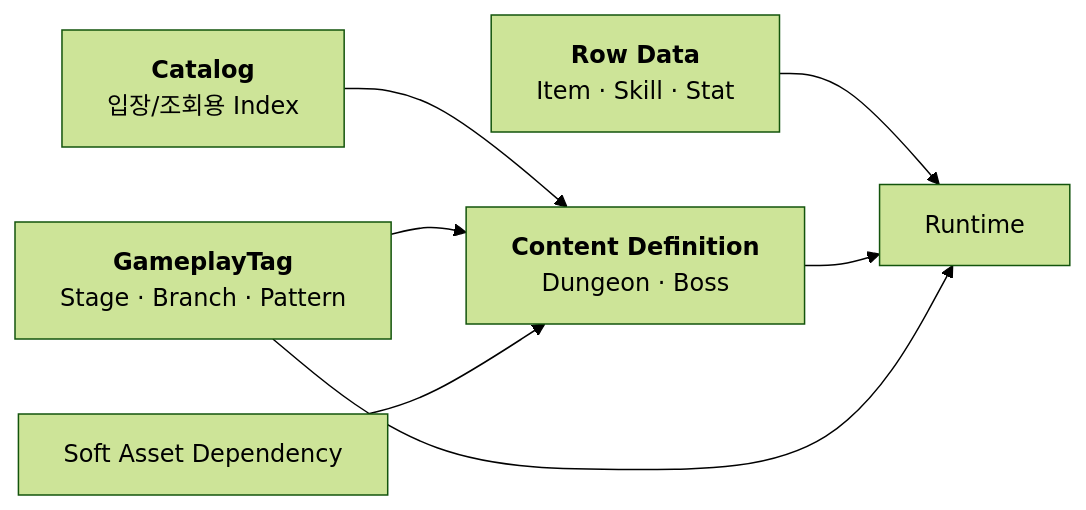
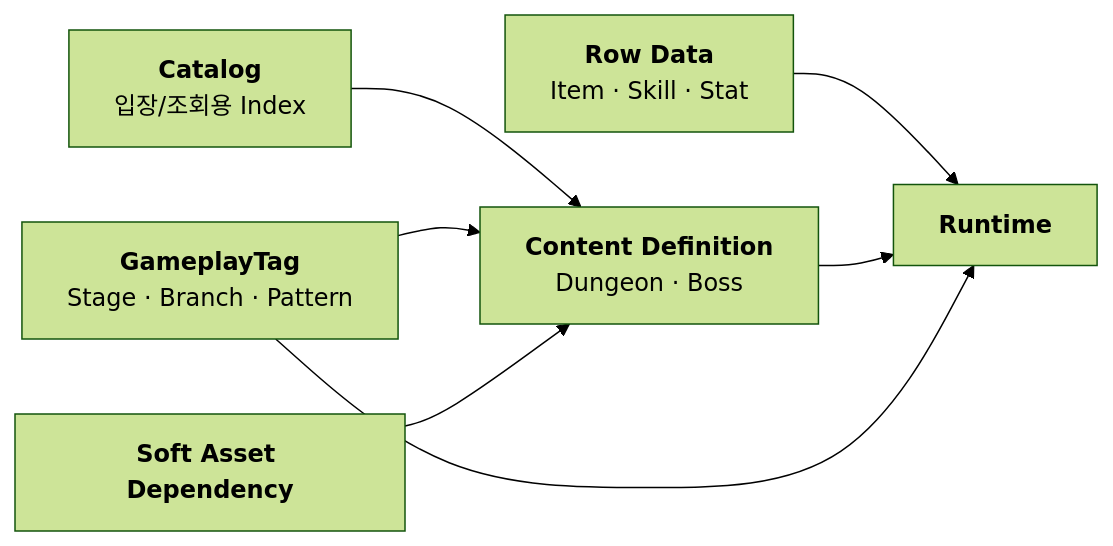
One commit to chungheonLee0325/Sonheim changed the diagram in Doc/Wiki/03_Data_Content_Architecture.md. Above: the diagram before and after it, drawn with Mermaid (forest theme).

Commit message:
docs: standardize mermaid node hierarchy

```diff
--- a/Doc/Wiki/03_Data_Content_Architecture.md
+++ b/Doc/Wiki/03_Data_Content_Architecture.md
@@ -20,16 +20,16 @@
 ~~~mermaid
 flowchart LR
     ROW["<b>Row Data</b><br/>Item · Skill · Stat"]
     CATALOG["<b>Catalog</b><br/>입장/조회용 Index"]
     DEF["<b>Content Definition</b><br/>Dungeon · Boss"]
     TAG["<b>GameplayTag</b><br/>Stage · Branch · Pattern"]
-    SOFT["Soft Asset Dependency"]
-    RUNTIME["Runtime"]
+    SOFT["<b>Soft Asset Dependency</b>"]
+    RUNTIME["<b>Runtime</b>"]
 
     ROW --> RUNTIME
     CATALOG --> DEF
     DEF --> RUNTIME
     TAG --> DEF
     TAG --> RUNTIME
     SOFT --> DEF
 ~~~
```
